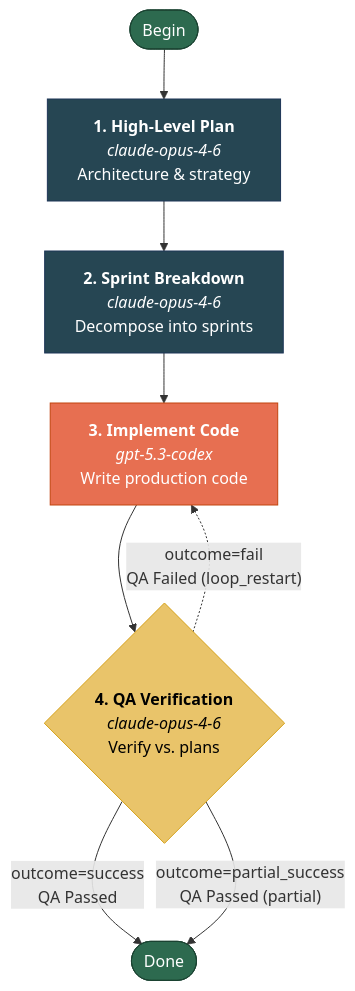
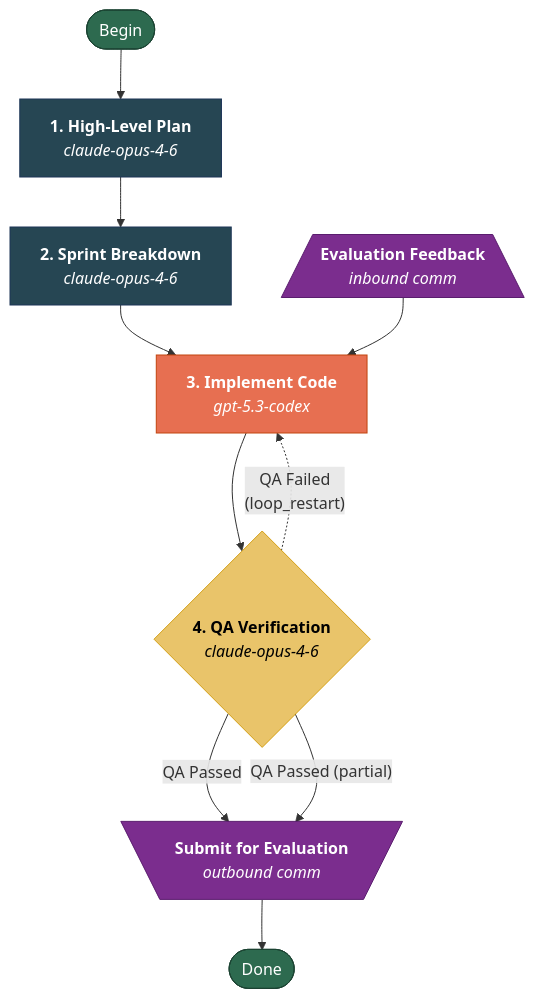
Before and after one commit to bencivjan/attractor-scala: the first of 3 diagrams in README.md, drawn with Mermaid. The commit also changed other lines of this file, not shown here.

First line of the commit message:
Update README with diagrams for all three pipelines

````diff
--- a/README.md
+++ b/README.md
@@ -107,25 +109,31 @@
 ```mermaid
 flowchart TD
     start(["Begin"])
-    plan["<b>1. High-Level Plan</b><br/><i>claude-opus-4-6</i><br/>Architecture & strategy"]
-    sprints["<b>2. Sprint Breakdown</b><br/><i>claude-opus-4-6</i><br/>Decompose into sprints"]
-    impl["<b>3. Implement Code</b><br/><i>gpt-5.3-codex</i><br/>Write production code"]
-    qa{"<b>4. QA Verification</b><br/><i>claude-opus-4-6</i><br/>Verify vs. plans"}
+    plan["<b>1. High-Level Plan</b><br/><i>claude-opus-4-6</i>"]
+    sprints["<b>2. Sprint Breakdown</b><br/><i>claude-opus-4-6</i>"]
+    feedback[/"<b>Evaluation Feedback</b><br/><i>inbound comm</i>"\]
+    impl["<b>3. Implement Code</b><br/><i>gpt-5.3-codex</i>"]
+    qa{"<b>4. QA Verification</b><br/><i>claude-opus-4-6</i>"}
+    submit[\"<b>Submit for Evaluation</b><br/><i>outbound comm</i>"/]
     done(["Done"])
 
     start --> plan
     plan --> sprints
     sprints --> impl
+    feedback --> impl
     impl --> qa
 
-    qa -- "outcome=success<br/>QA Passed" --> done
-    qa -- "outcome=partial_success<br/>QA Passed (partial)" --> done
-    qa -. "outcome=fail<br/>QA Failed (loop_restart)" .-> impl
+    qa -- "QA Passed" --> submit
+    qa -- "QA Passed (partial)" --> submit
+    qa -. "QA Failed<br/>(loop_restart)" .-> impl
+    submit --> done
 
     style start fill:#2d6a4f,stroke:#1b4332,color:#fff
     style done fill:#2d6a4f,stroke:#1b4332,color:#fff
     style plan fill:#264653,stroke:#1d3557,color:#fff
     style sprints fill:#264653,stroke:#1d3557,color:#fff
     style impl fill:#e76f51,stroke:#c1440e,color:#fff
     style qa fill:#e9c46a,stroke:#d4a017,color:#000
+    style submit fill:#7b2d8e,stroke:#5a1d6e,color:#fff
+    style feedback fill:#7b2d8e,stroke:#5a1d6e,color:#fff
 ```
````
